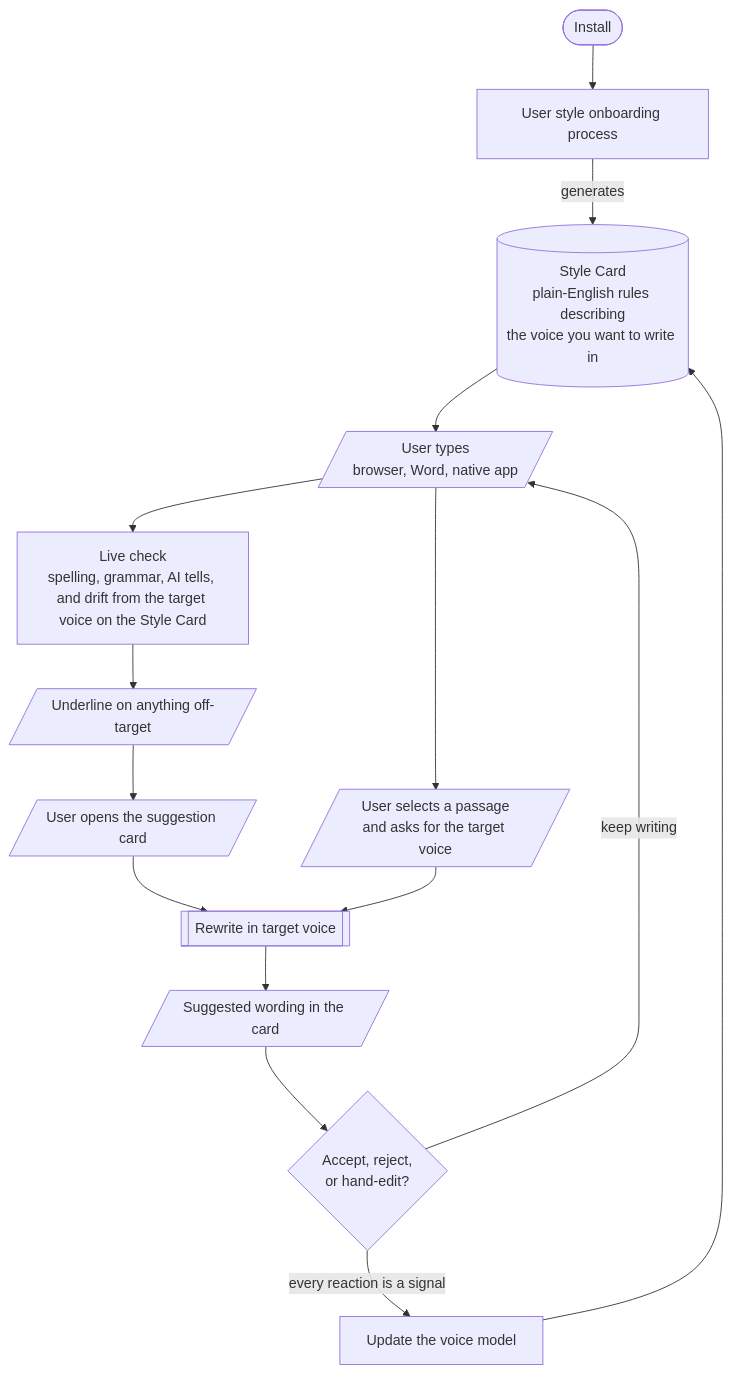
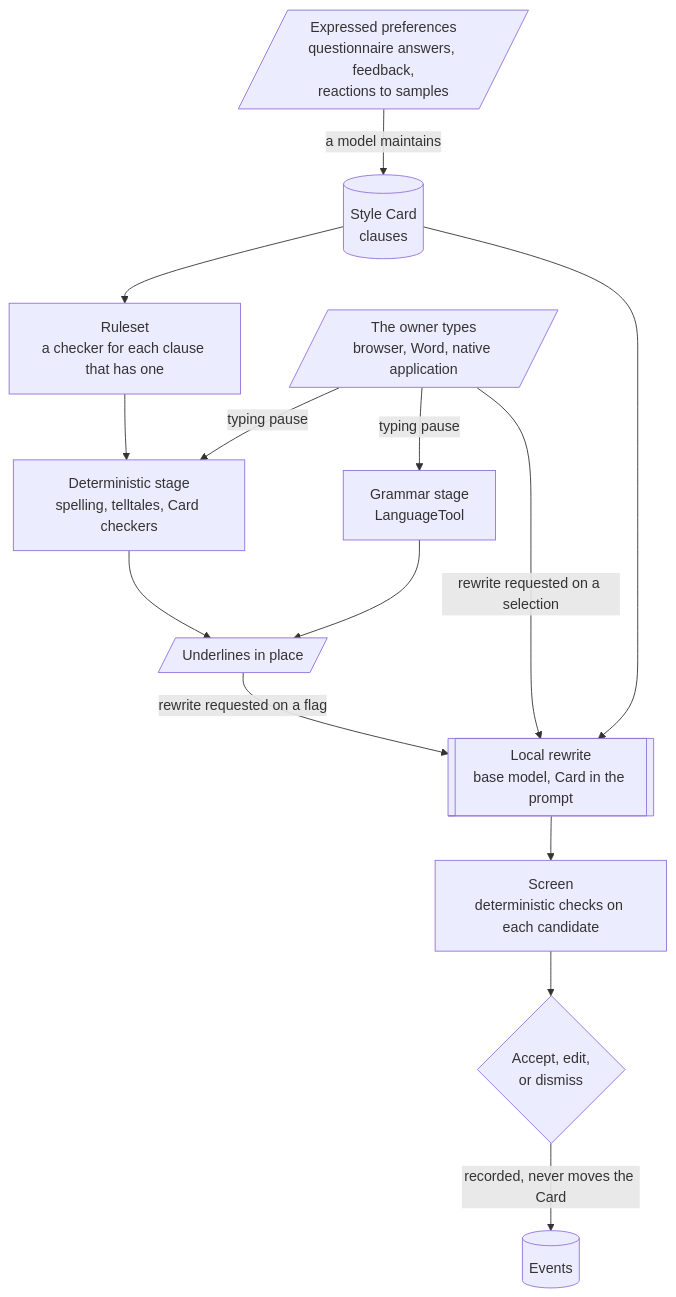
The first of 3 diagrams in README.md (Bernice-Koh/writing-assistant), drawn with Mermaid before and after one commit. The commit also changed other lines of this file, not shown here.

Commit message:
docs: rewrite the README to the current design

````diff
--- a/README.md
+++ b/README.md
@@ -11,23 +17,20 @@
 ```mermaid
 flowchart TD
-    Install(["Install"]) --> Onboard["User style onboarding process"]
-    Onboard -->|"generates"| Card[("Style Card<br/>plain-English rules describing<br/>the voice you want to write in")]
+    Pref[/"Expressed preferences<br/>questionnaire answers, feedback,<br/>reactions to samples"/]
+    Pref -->|"a model maintains"| Card[("Style Card<br/>clauses")]
+    Card --> Rules["Ruleset<br/>a checker for each clause that has one"]
 
-    Card --> Write[/"User types<br/>browser, Word, native app"/]
+    Type[/"The owner types<br/>browser, Word, native application"/]
+    Type -->|"typing pause"| Det["Deterministic stage<br/>spelling, telltales, Card checkers"]
+    Type -->|"typing pause"| Gram["Grammar stage<br/>LanguageTool"]
+    Rules --> Det
+    Det --> Flags[/"Underlines in place"/]
+    Gram --> Flags
 
-    Write --> Check["Live check<br/>spelling, grammar, AI tells, and drift from the target voice on the Style Card"]
-    Check --> Flag[/"Underline on anything off-target"/]
-
-    Flag --> Open[/"User opens the suggestion card"/]
-    Open --> Rewrite
-
-    Write --> Select[/"User selects a passage<br/>and asks for the target voice"/]
-    Select --> Rewrite[["Rewrite in target voice"]]
-
-    Rewrite --> Show[/"Suggested wording in the card"/]
-
-    Show --> React{"Accept, reject,<br/>or hand-edit?"}
-    React -->|"keep writing"| Write
-    React -->|"every reaction is a signal"| Learn["Update the voice model"]
-    Learn --> Card
+    Flags -->|"rewrite requested on a flag"| Rewrite[["Local rewrite<br/>base model, Card in the prompt"]]
+    Type -->|"rewrite requested on a selection"| Rewrite
+    Card --> Rewrite
+    Rewrite --> Screen["Screen<br/>deterministic checks on each candidate"]
+    Screen --> Act{"Accept, edit,<br/>or dismiss"}
+    Act -->|"recorded, never moves the Card"| Events[("Events")]
 ```
````
